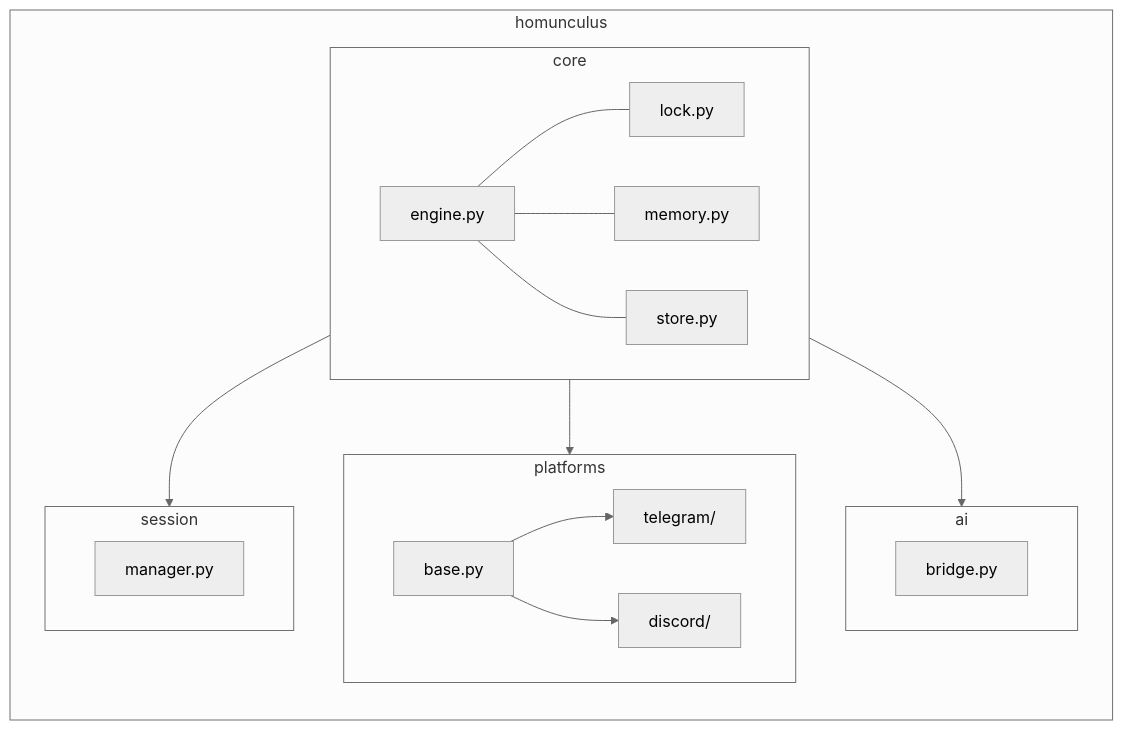
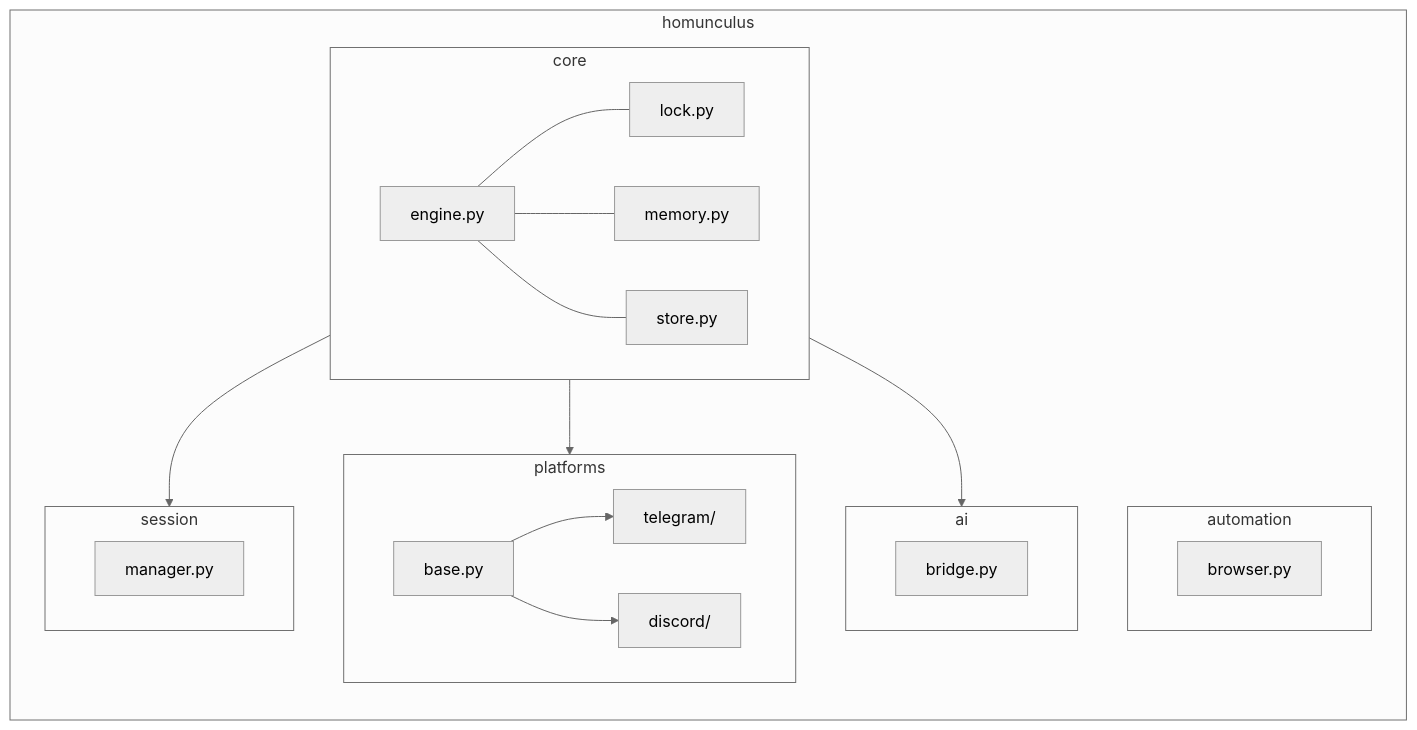
One commit to jskjw157/super_homunculus_bot changed the fourth of 5 diagrams in README.md. Above: the diagram before and after it, drawn with Mermaid (neutral theme). The commit also changed other lines of this file and 1 other file, not shown here.

````diff
--- a/README.md
+++ b/README.md
@@ -117,23 +260,26 @@
 ```mermaid
 graph LR
     subgraph homunculus
         subgraph core
             E[engine.py] --- LK[lock.py]
             E --- M[memory.py]
             E --- ST[store.py]
         end
         subgraph platforms
             B[base.py] --> TG[telegram/]
             B --> DC[discord/]
         end
         subgraph ai
             BR[bridge.py]
         end
+        subgraph automation
+            BW[browser.py]
+        end
         subgraph session
             SM[manager.py]
         end
     end
     core --> platforms
     core --> ai
     core --> session
 ```
````
